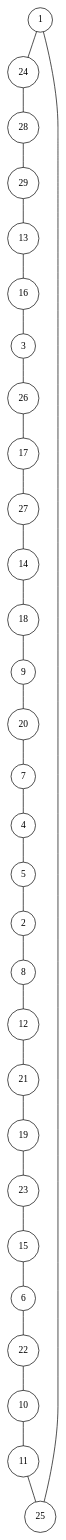
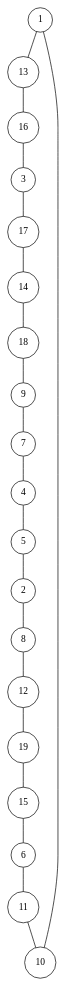
Before and after one commit to lugot/tsp-approximation: the diagram in data_generated/random1012484/random1012484.1.dot, drawn with Graphviz. The commit also changed 29 other files, not shown here.

```diff
--- a/data_generated/random1012484/random1012484.1.dot
+++ b/data_generated/random1012484/random1012484.1.dot
@@ -1,62 +1,42 @@
 graph random1012484 {
 	node [shape=circle fillcolor=white]
 	1 [ pos = "0.667158,3.291296!"]
 	2 [ pos = "17.711670,14.948317!"]
 	3 [ pos = "8.457189,7.426452!"]
 	4 [ pos = "20.000000,12.982976!"]
 	5 [ pos = "19.648191,15.435664!"]
 	6 [ pos = "3.204100,11.130648!"]
 	7 [ pos = "18.055529,12.025427!"]
 	8 [ pos = "13.760635,15.675307!"]
 	9 [ pos = "16.573455,9.454567!"]
 	10 [ pos = "2.087824,7.511968!"]
 	11 [ pos = "4.439135,8.397395!"]
 	12 [ pos = "13.074147,19.931845!"]
 	13 [ pos = "8.711208,2.990664!"]
 	14 [ pos = "14.859308,3.850754!"]
 	15 [ pos = "3.377204,11.441336!"]
 	16 [ pos = "8.033593,4.044362!"]
 	17 [ pos = "14.732632,4.742245!"]
 	18 [ pos = "18.992679,2.186805!"]
 	19 [ pos = "12.168697,17.989661!"]
-	20 [ pos = "15.169780,10.813870!"]
-	21 [ pos = "12.422308,18.373880!"]
-	22 [ pos = "0.941501,9.474820!"]
-	23 [ pos = "9.396290,14.702136!"]
-	24 [ pos = "4.147110,4.966727!"]
-	25 [ pos = "3.153685,6.234934!"]
-	26 [ pos = "12.478694,7.592820!"]
-	27 [ pos = "14.632329,4.549824!"]
-	28 [ pos = "6.521647,2.340520!"]
-	29 [ pos = "7.540489,0.377938!"]
 
-	1 -- 24
+	1 -- 13
 	2 -- 8
-	3 -- 26
+	3 -- 17
 	4 -- 5
 	5 -- 2
-	6 -- 22
+	6 -- 11
 	7 -- 4
 	8 -- 12
-	9 -- 20
-	10 -- 11
-	11 -- 25
-	12 -- 21
+	9 -- 7
+	10 -- 1
+	11 -- 10
+	12 -- 19
 	13 -- 16
 	14 -- 18
 	15 -- 6
 	16 -- 3
-	17 -- 27
+	17 -- 14
 	18 -- 9
-	19 -- 23
-	20 -- 7
-	21 -- 19
-	22 -- 10
-	23 -- 15
-	24 -- 28
-	25 -- 1
-	26 -- 17
-	27 -- 14
-	28 -- 29
-	29 -- 13
+	19 -- 15
 }
```
